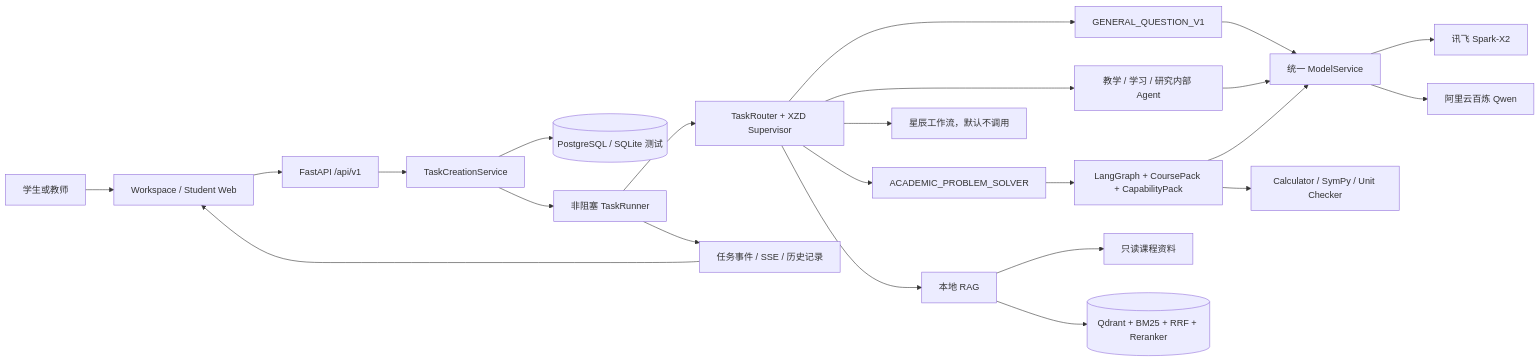
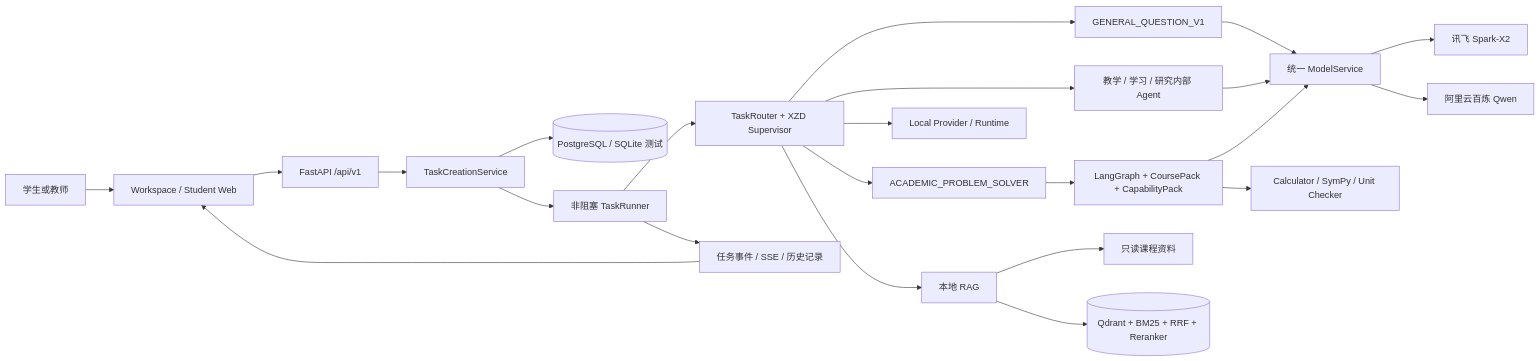
The diagram in docs/repository_architecture_guide.md (liaozhiyang-0/xinzhi-daoxue), drawn with Mermaid before and after one commit. The commit also changed other lines of this file and 296 other files, not shown here.

````diff
--- a/docs/repository_architecture_guide.md
+++ b/docs/repository_architecture_guide.md
@@ -17,25 +17,25 @@
 ```mermaid
 flowchart LR
     U["学生或教师"] --> W["Workspace / Student Web"]
     W --> API["FastAPI /api/v1"]
     API --> TC["TaskCreationService"]
     TC --> DB[("PostgreSQL / SQLite 测试")]
     TC --> TR["非阻塞 TaskRunner"]
     TR --> RT["TaskRouter + XZD Supervisor"]
     RT --> GQ["GENERAL_QUESTION_V1"]
     RT --> APS["ACADEMIC_PROBLEM_SOLVER"]
     RT --> IA["教学 / 学习 / 研究内部 Agent"]
     RT --> LR["本地 RAG"]
-    RT --> XC["星辰工作流，默认不调用"]
+    RT --> LP["Local Provider / Runtime"]
     GQ --> MS["统一 ModelService"]
     APS --> GF["LangGraph + CoursePack + CapabilityPack"]
     IA --> MS
     GF --> MS
     GF --> TOOLS["Calculator / SymPy / Unit Checker"]
     MS --> SP["讯飞 Spark-X2"]
     MS --> QW["阿里云百炼 Qwen"]
     LR --> KB["只读课程资料"]
     LR --> VS[("Qdrant + BM25 + RRF + Reranker")]
     TR --> EV["任务事件 / SSE / 历史记录"]
     EV --> W
 ```
````
